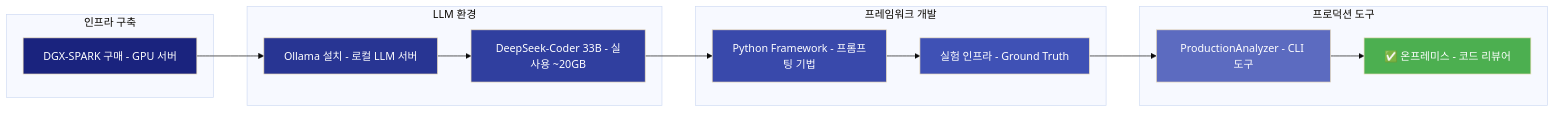
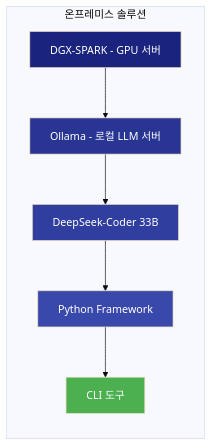
One commit to ApeachM/llm-code-reviewer changed the first of 32 diagrams in PRESENTATION.md. Above: the diagram before and after it, drawn with Mermaid (base theme). The commit also changed other lines of this file and 1 other file, not shown here.

First line of the commit message:
docs: Expand "CLAUDE.md" with linting and formatting guidelines, architecture updates, and technique details

````diff
--- a/PRESENTATION.md
+++ b/PRESENTATION.md
@@ -86,29 +43,15 @@
 ```mermaid
 graph LR
-    subgraph "인프라 구축"
-        DGX[DGX-SPARK 구매 - GPU 서버]
-    end
-
-    subgraph "LLM 환경"
-        DGX --> Ollama[Ollama 설치 - 로컬 LLM 서버]
-        Ollama --> Model[DeepSeek-Coder 33B - 실사용 ~20GB]
-    end
-
-    subgraph "프레임워크 개발"
-        Model --> Framework[Python Framework - 프롬프팅 기법]
-        Framework --> Exp[실험 인프라 - Ground Truth]
-    end
-
-    subgraph "프로덕션 도구"
-        Exp --> Prod[ProductionAnalyzer - CLI 도구]
-        Prod --> Result[✅ 온프레미스 - 코드 리뷰어]
+    subgraph "온프레미스 솔루션"
+        DGX[DGX-SPARK - GPU 서버] --> Ollama[Ollama - 로컬 LLM 서버]
+        Ollama --> Model[DeepSeek-Coder 33B]
+        Model --> Framework[Python Framework]
+        Framework --> CLI[CLI 도구]
     end
 
     style DGX fill:#1a237e,color:#fff
     style Ollama fill:#283593,color:#fff
     style Model fill:#303f9f,color:#fff
     style Framework fill:#3949ab,color:#fff
-    style Exp fill:#3f51b5,color:#fff
-    style Prod fill:#5c6bc0,color:#fff
-    style Result fill:#4caf50,color:#fff
+    style CLI fill:#4caf50,color:#fff
 ```
````
